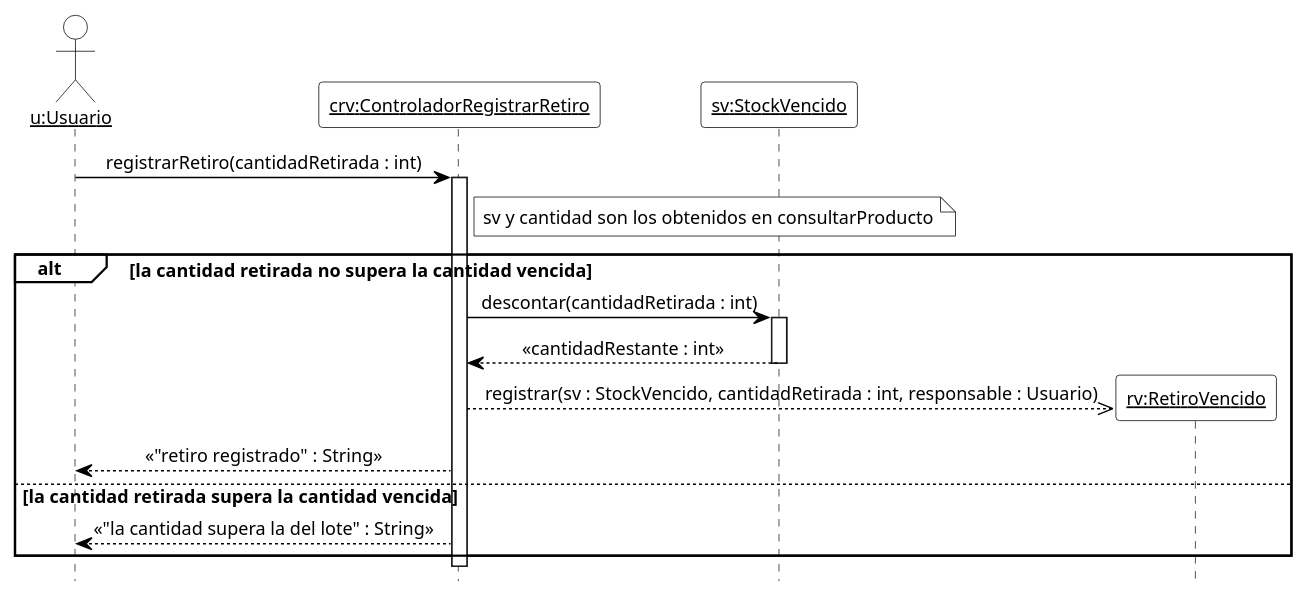
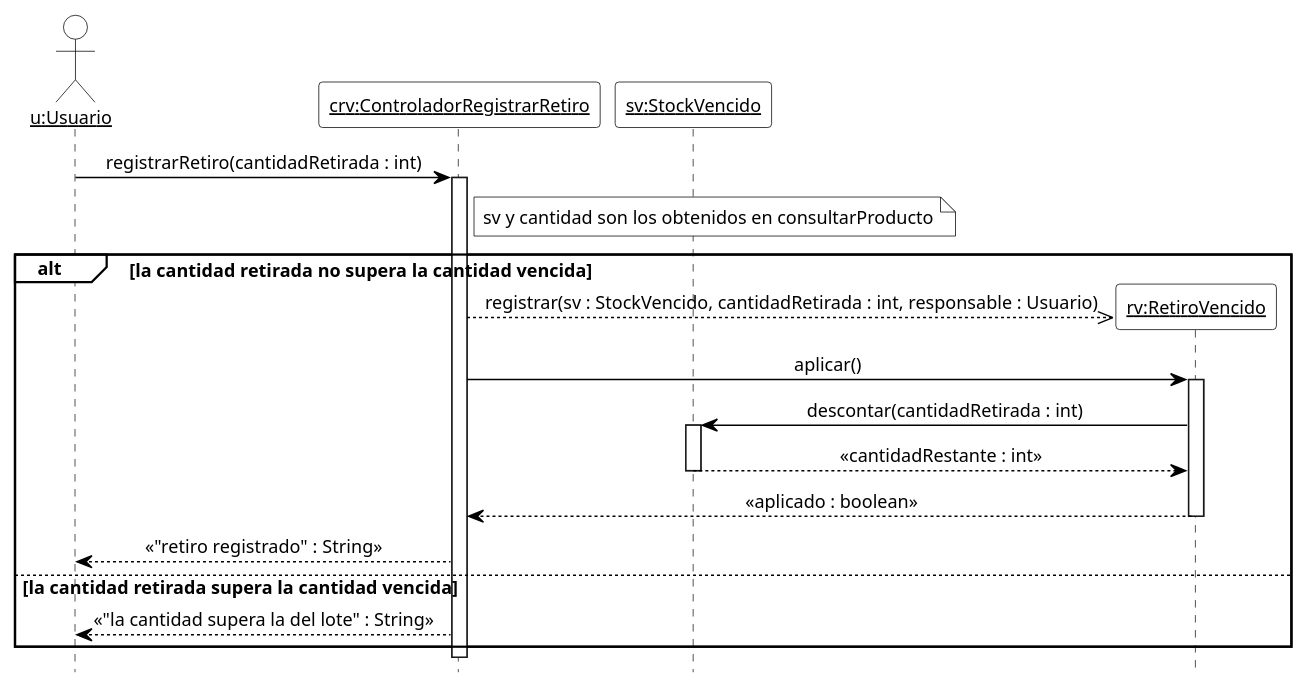
One commit to cirotop/Stock-Project changed the diagram in 08-Diagrama De Secuencia/DSD_CU-07_registrarRetiro.puml. Above: the diagram before and after it, drawn with PlantUML. The commit also changed 7 other files, not shown here.

```diff
--- a/08-Diagrama De Secuencia/DSD_CU-07_registrarRetiro.puml
+++ b/08-Diagrama De Secuencia/DSD_CU-07_registrarRetiro.puml
@@ -1,41 +1,43 @@
 @startuml DSD_CU-07_registrarRetiro
 ' Diagrama de Secuencia de Diseño (DSD) - CU-07 Registrar retiro de mercadería vencida - registrarRetiro
 ' Estilo de los ejemplos de la teoría (introducirArticulo / crearNuevaVenta).
 hide footbox
 skinparam shadowing false
 skinparam defaultFontName Arial
 skinparam defaultFontSize 12
 skinparam sequenceMessageAlign center
 skinparam ArrowColor black
 skinparam ParticipantBackgroundColor white
 skinparam ParticipantBorderColor black
 skinparam CollectionsBackgroundColor white
 skinparam CollectionsBorderColor black
 skinparam ActorBackgroundColor white
 skinparam ActorBorderColor black
 skinparam LifeLineBorderColor black
 skinparam LifeLineBackgroundColor white
 skinparam SequenceGroupBackgroundColor white
 skinparam SequenceGroupBorderColor black
 skinparam SequenceGroupHeaderFontColor black
 skinparam NoteBackgroundColor white
 skinparam NoteBorderColor black
 
 actor "<u>u:Usuario</u>" as u
 participant "<u>crv:ControladorRegistrarRetiro</u>" as crv
 participant "<u>sv:StockVencido</u>" as sv
 
 u -> crv ++ : registrarRetiro(cantidadRetirada : int)
 note right of crv : sv y cantidad son los obtenidos en consultarProducto
 alt la cantidad retirada no supera la cantidad vencida
-  crv -> sv ++ : descontar(cantidadRetirada : int)
-  sv --> crv -- : «cantidadRestante : int»
   create participant "<u>rv:RetiroVencido</u>" as rv
   crv -->> rv : registrar(sv : StockVencido, cantidadRetirada : int, responsable : Usuario)
+  crv -> rv ++ : aplicar()
+  rv -> sv ++ : descontar(cantidadRetirada : int)
+  sv --> rv -- : «cantidadRestante : int»
+  rv --> crv -- : «aplicado : boolean»
   crv --> u : «"retiro registrado" : String»
 else la cantidad retirada supera la cantidad vencida
   crv --> u : «"la cantidad supera la del lote" : String»
 end
 deactivate crv
 
 @enduml
```
